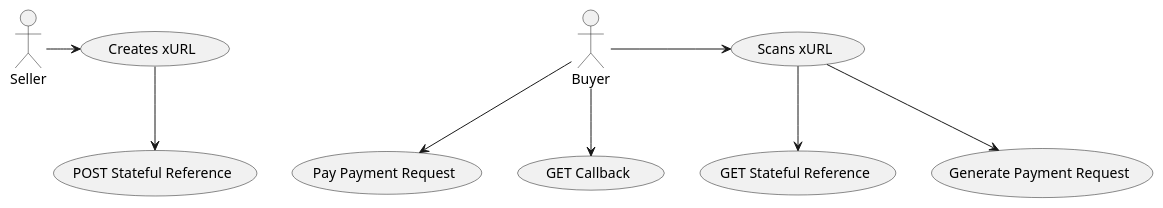
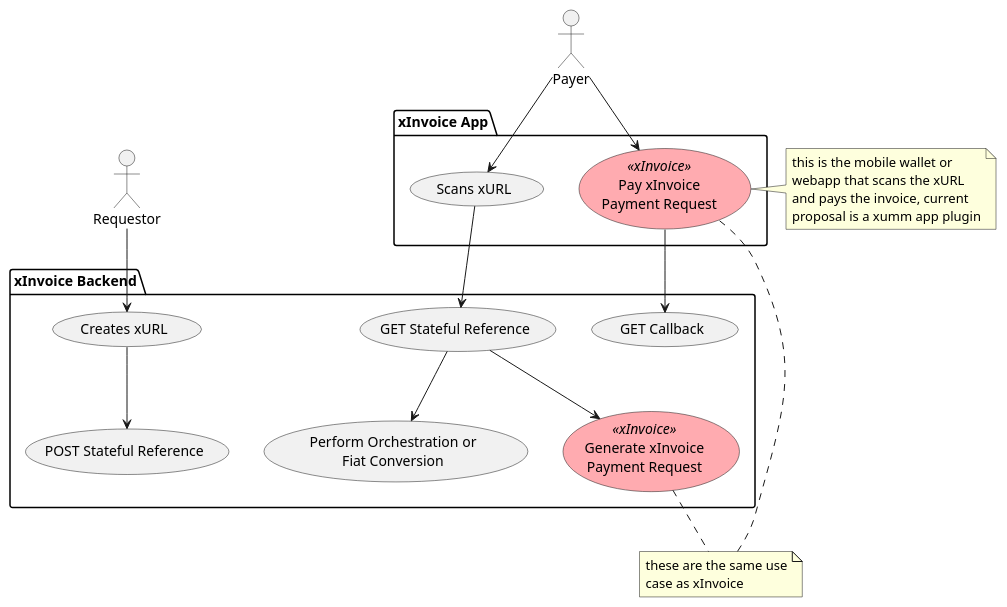
One commit to claytantor/xrpl-poc-python changed the diagram in docs/xurl-use.puml. Above: the diagram before and after it, drawn with PlantUML. The commit also changed other lines of this file and 42 other files, not shown here.

```diff
--- a/docs/xurl-use.puml
+++ b/docs/xurl-use.puml
@@ -1,11 +1,42 @@
-@startuml
-Seller->(Creates xURL)
+@startuml xurl_usecase
+
+skinparam usecase {
+    BackgroundColor<< xInvoice >> #ffabb0
+}
+
+package "xInvoice App" {
+    (Scans xURL)
+    (Pay xInvoice\nPayment Request) as (PayInvoice)<<xInvoice>>
+}
+note right
+this is the mobile wallet or 
+webapp that scans the xURL 
+and pays the invoice, current 
+proposal is a xumm app plugin
+end note
+
+package "xInvoice Backend" {
+    (GET Callback)
+    (Creates xURL)
+    (Generate xInvoice\nPayment Request) as (GenerateInvoice)<<xInvoice>>
+    (POST Stateful Reference)
+    (Perform Orchestration or\nFiat Conversion) as (Orchestrate)
+    (GET Stateful Reference)
+}
+
+Requestor-->(Creates xURL)
 (Creates xURL)-->(POST Stateful Reference)
 
-Buyer->(Scans xURL)
+Payer-->(Scans xURL)
 (Scans xURL)-->(GET Stateful Reference)
-(Scans xURL)-->(Generate Payment Request)
-Buyer-->(Pay Payment Request)
-Buyer-->(GET Callback)
+(GET Stateful Reference)-->(Orchestrate)
+(GET Stateful Reference)-->(GenerateInvoice)
+
+Payer-->(PayInvoice)
+(PayInvoice)-->(GET Callback)
+
+note "these are the same use\ncase as xInvoice " as N2
+(GenerateInvoice) .. N2
+N2 .. (PayInvoice)
 
 @enduml
```
